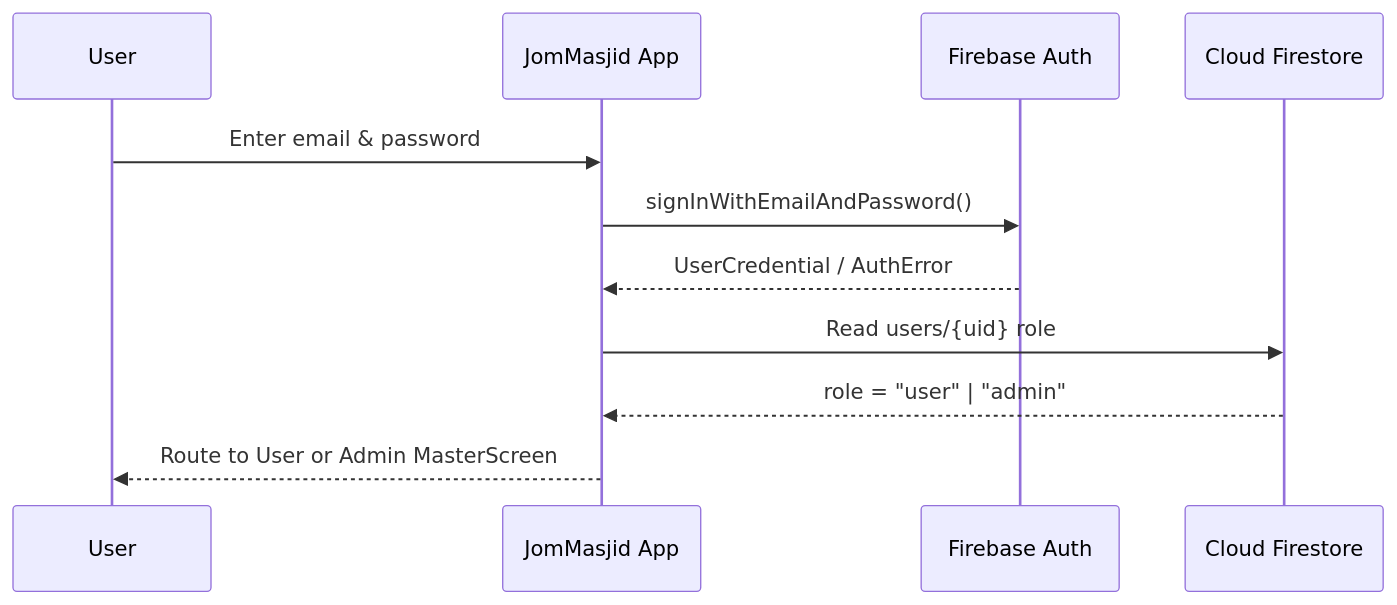
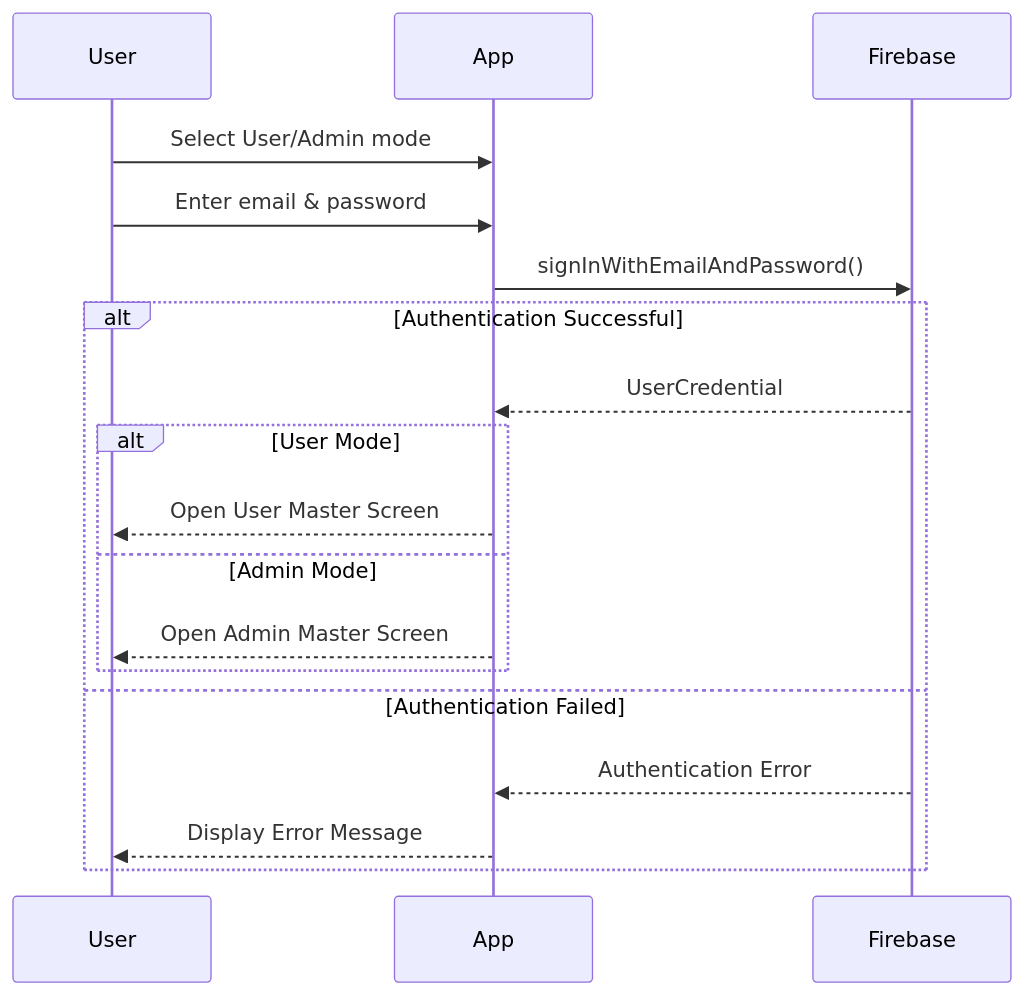
One commit to AilHakim/JomMasjid changed the second of 5 diagrams in README.md. Above: the diagram before and after it, drawn with Mermaid. The commit also changed other lines of this file, not shown here.

Commit message:
change on diagram

````diff
--- a/README.md
+++ b/README.md
@@ -144,14 +176,26 @@
 ```mermaid
 sequenceDiagram
-    participant U as User
-    participant App as JomMasjid App
-    participant Auth as Firebase Auth
-    participant DB as Cloud Firestore
 
-    U->>App: Enter email & password
-    App->>Auth: signInWithEmailAndPassword()
-    Auth-->>App: UserCredential / AuthError
-    App->>DB: Read users/{uid} role
-    DB-->>App: role = "user" | "admin"
-    App-->>U: Route to User or Admin MasterScreen
+participant User
+participant App
+participant Firebase
+
+User->>App: Select User/Admin mode
+User->>App: Enter email & password
+
+App->>Firebase: signInWithEmailAndPassword()
+
+alt Authentication Successful
+    Firebase-->>App: UserCredential
+
+    alt User Mode
+        App-->>User: Open User Master Screen
+    else Admin Mode
+        App-->>User: Open Admin Master Screen
+    end
+
+else Authentication Failed
+    Firebase-->>App: Authentication Error
+    App-->>User: Display Error Message
+end
 ```
````
